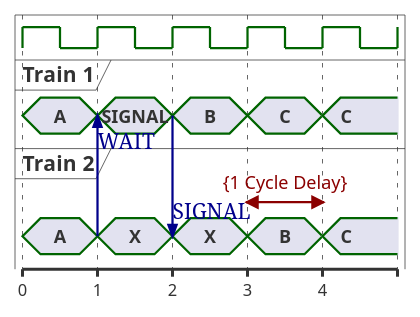
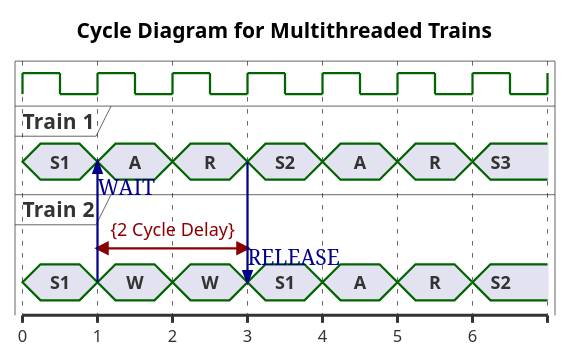
Before and after one commit to TristanMoe/VDM: the diagram in Diagrams/oldstyle_railway_td.wsd, drawn with PlantUML. The commit also changed 17 other files, not shown here.

```diff
--- a/Diagrams/oldstyle_railway_td.wsd
+++ b/Diagrams/oldstyle_railway_td.wsd
@@ -1,28 +1,37 @@
 @startuml
+title "Cycle Diagram for Multithreaded Trains"
 clock clk with period 1
 concise "Train 1" as T1 
 concise "Train 2" as T2 
 
 @0
+T1 is "S1"
+T2 is "S1"
+
+@1
+T2 -> T1 : WAIT 
+T1 is A 
+T2 is W
+
+@2 
+T2@3 <-> @1 : {2 Cycle Delay}
+T1 is R 
+T2 is W
+
+@3 
+T1 -> T2 : RELEASE
+T1 is S2
+T2 is S1 
+
+@4
 T1 is A 
 T2 is A 
 
-@1
-T2 -> T1 : WAIT 
-T1 is SIGNAL 
-T2 is X 
+@5
+T1 is R
+T2 is R 
 
-@2 
-T1 -> T2 : SIGNAL
-T1 is B 
-T2 is X 
-
-@3 
-T1 is C 
-T2 is B 
-
-@4
-T2@4 <-> @3 : {1 Cycle Delay}
-T1 is C 
-T2 is C 
+@6
+T1 is S3
+T2 is S2
 @enduml
```
